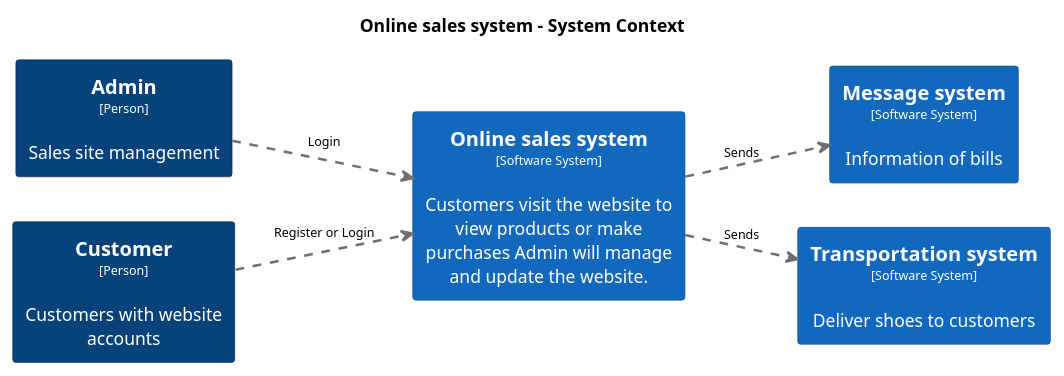
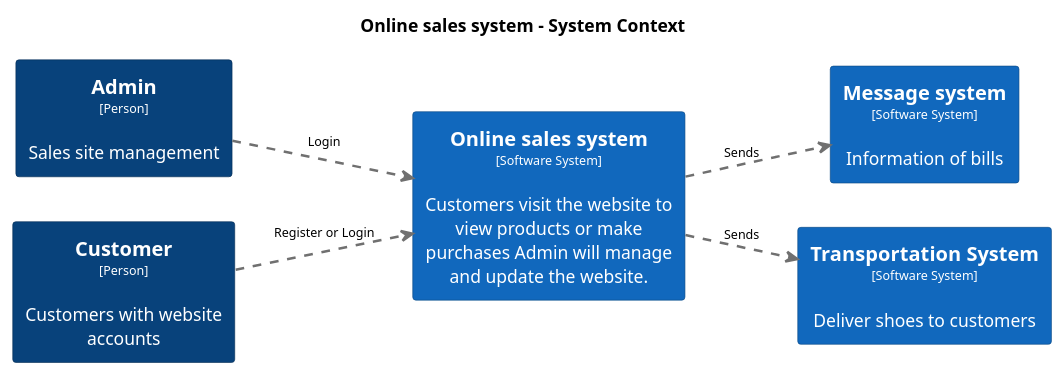
Before and after one commit to lantrannk/phan-tich-thiet-ke-oop: the diagram in export/Customer.puml, drawn with PlantUML. The commit also changed 4 other files, not shown here.

```diff
--- a/export/Customer.puml
+++ b/export/Customer.puml
@@ -1,47 +1,47 @@
 @startuml(id=Customer)
 title Online sales system - System Context
 
 skinparam {
   shadowing false
   arrowFontSize 10
   defaultTextAlignment center
   wrapWidth 200
   maxMessageSize 100
 }
 hide stereotype
 left to right direction
-skinparam rectangle<<44>> {
+skinparam rectangle<<66>> {
   BackgroundColor #1168bd
   FontColor #ffffff
   BorderColor #0b4884
 }
 skinparam rectangle<<1>> {
   BackgroundColor #08427b
   FontColor #ffffff
   BorderColor #052e56
 }
 skinparam rectangle<<2>> {
   BackgroundColor #08427b
   FontColor #ffffff
   BorderColor #052e56
 }
 skinparam rectangle<<3>> {
   BackgroundColor #1168bd
   FontColor #ffffff
   BorderColor #0b4884
 }
-skinparam rectangle<<48>> {
+skinparam rectangle<<70>> {
   BackgroundColor #1168bd
   FontColor #ffffff
   BorderColor #0b4884
 }
 rectangle "==Admin\n<size:10>[Person]</size>\n\nSales site management" <<2>> as 2
 rectangle "==Customer\n<size:10>[Person]</size>\n\nCustomers with website accounts" <<1>> as 1
-rectangle "==Message system\n<size:10>[Software System]</size>\n\nInformation of bills" <<48>> as 48
+rectangle "==Message system\n<size:10>[Software System]</size>\n\nInformation of bills" <<70>> as 70
 rectangle "==Online sales system\n<size:10>[Software System]</size>\n\nCustomers visit the website to view products or make purchases Admin will manage and update the website." <<3>> as 3
-rectangle "==Transportation system\n<size:10>[Software System]</size>\n\nDeliver shoes to customers" <<44>> as 44
+rectangle "==Transportation System\n<size:10>[Software System]</size>\n\nDeliver shoes to customers" <<66>> as 66
 2 .[#707070,thickness=2].> 3 : "Login"
 1 .[#707070,thickness=2].> 3 : "Register or Login"
-3 .[#707070,thickness=2].> 48 : "Sends"
-3 .[#707070,thickness=2].> 44 : "Sends"
+3 .[#707070,thickness=2].> 70 : "Sends"
+3 .[#707070,thickness=2].> 66 : "Sends"
 @enduml
```
